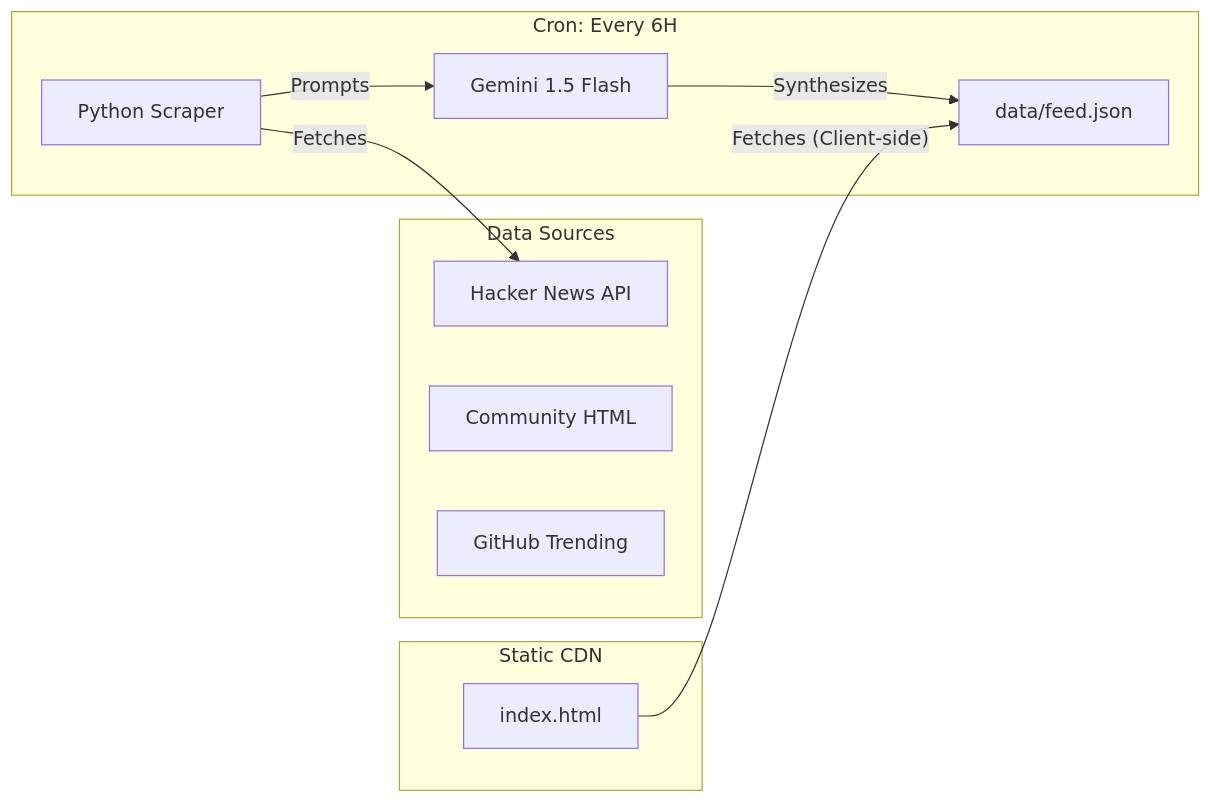
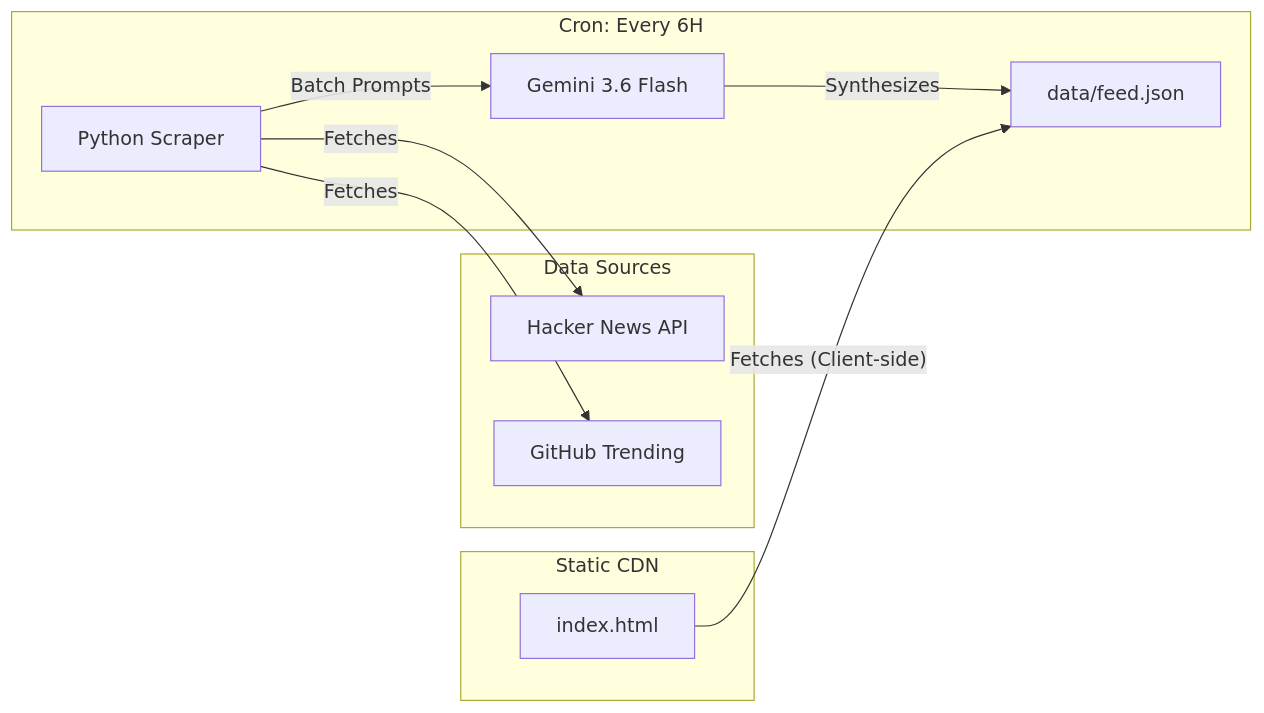
Before and after one commit to bin7335/ai-radar: the diagram in README.md, drawn with Mermaid. The commit also changed other lines of this file and 1 other file, not shown here.

Commit message:
docs: update README to reflect Kanban UI, Gemini 3.6, and Batch Processing

````diff
--- a/README.md
+++ b/README.md
@@ -10,21 +10,21 @@
 ```mermaid
 flowchart LR
     subgraph Data Sources
         HN[Hacker News API]
-        DC[Community HTML]
         GH[GitHub Trending]
     end
 
     subgraph GitHub Actions [Cron: Every 6H]
         PY[Python Scraper]
-        LLM[Gemini 1.5 Flash]
+        LLM[Gemini 3.6 Flash]
         PY -- Fetches --> HN
-        PY -- Prompts --> LLM
+        PY -- Fetches --> GH
+        PY -- Batch Prompts --> LLM
         LLM -- Synthesizes --> JSON[data/feed.json]
     end
 
     subgraph GitHub Pages [Static CDN]
         UI[index.html]
         UI -- Fetches (Client-side) --> JSON
     end
 ```
````
